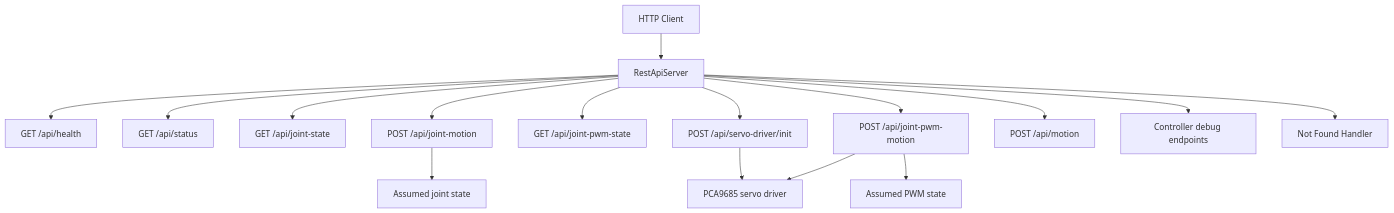
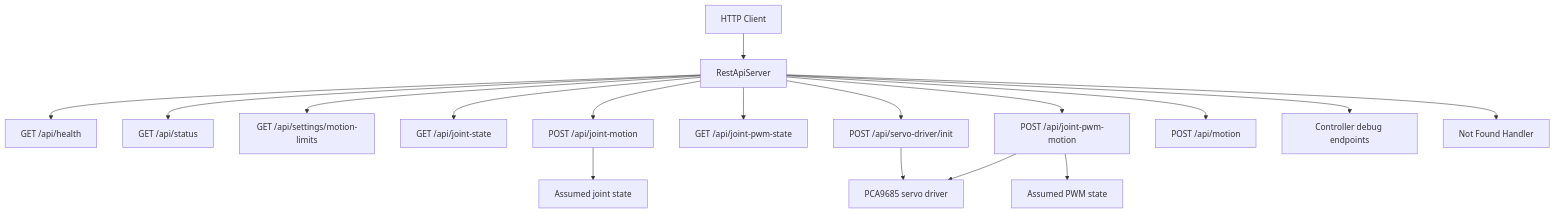
One commit to butz1999/inverse_kinematik changed the first of 3 diagrams in doc/sw/rest_api.md. Above: the diagram before and after it, drawn with Mermaid. The commit also changed other lines of this file and 28 other files, not shown here.

````diff
--- a/doc/sw/rest_api.md
+++ b/doc/sw/rest_api.md
@@ -43,19 +44,20 @@
 ```mermaid
 flowchart TD
   Client[HTTP Client] --> Server[RestApiServer]
   Server --> Health["GET /api/health"]
   Server --> Status["GET /api/status"]
+  Server --> MotionLimits["GET /api/settings/motion-limits"]
   Server --> JointState["GET /api/joint-state"]
   Server --> JointMotion["POST /api/joint-motion"]
   Server --> PwmState["GET /api/joint-pwm-state"]
   Server --> ServoInit["POST /api/servo-driver/init"]
   Server --> PwmMotion["POST /api/joint-pwm-motion"]
   Server --> Motion["POST /api/motion"]
   Server --> Controller["Controller debug endpoints"]
   Server --> NotFound[Not Found Handler]
 
   JointMotion --> AssumedJointState[Assumed joint state]
   ServoInit --> Driver[PCA9685 servo driver]
   PwmMotion --> AssumedPwmState[Assumed PWM state]
   PwmMotion --> Driver
 ```
````
